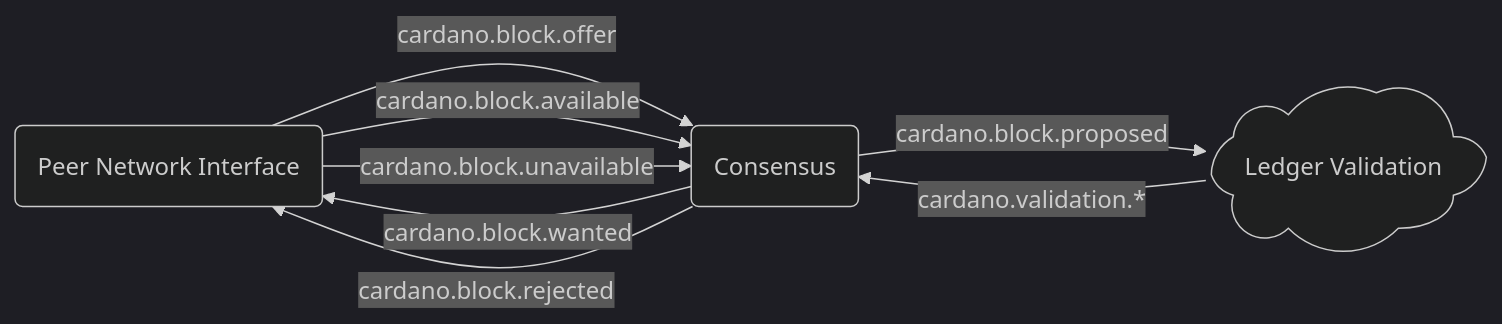
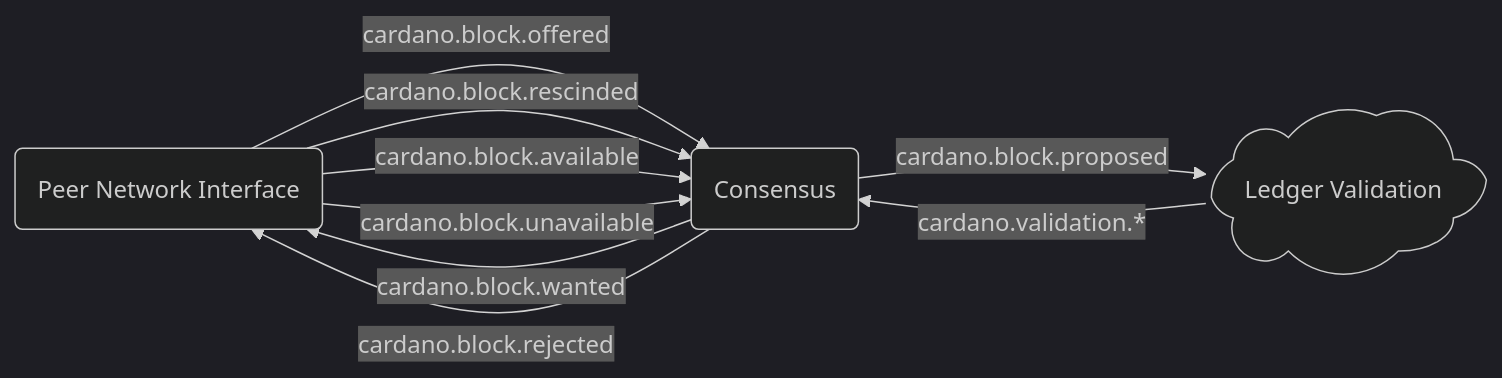
The diagram in docs/architecture/system-multi-peer-consensus.md (input-output-hk/acropolis), drawn with Mermaid (dark theme) before and after one commit. The commit also changed other lines of this file, not shown here.

First line of the commit message:
Add cardano.block.rescinded, rename .offer to .offered

````diff
--- a/docs/architecture/system-multi-peer-consensus.md
+++ b/docs/architecture/system-multi-peer-consensus.md
@@ -25,18 +25,19 @@
 ```mermaid
 flowchart LR
   PNI(Peer Network Interface)
   CON(Consensus)
   CLOUD@{ shape: cloud, label: "Ledger Validation"}
 
-  PNI -- cardano.block.offer --> CON
+  PNI -- cardano.block.offered --> CON
   CON -- cardano.block.wanted --> PNI
+  PNI -- cardano.block.rescinded --> CON
   PNI -- cardano.block.available --> CON
   PNI -- cardano.block.unavailable --> CON
   CON -- cardano.block.rejected --> PNI
 
   CON -- cardano.block.proposed --> CLOUD
   CLOUD -- cardano.validation.* --> CON
 
   click PNI "https://github.com/input-output-hk/acropolis/tree/main/modules/peer_network_interface/"
   click CON "https://github.com/input-output-hk/acropolis/tree/main/modules/consensus/"
 ```
````
